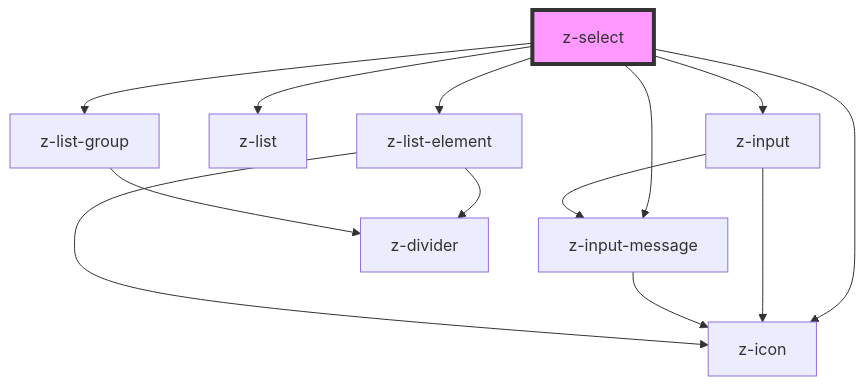
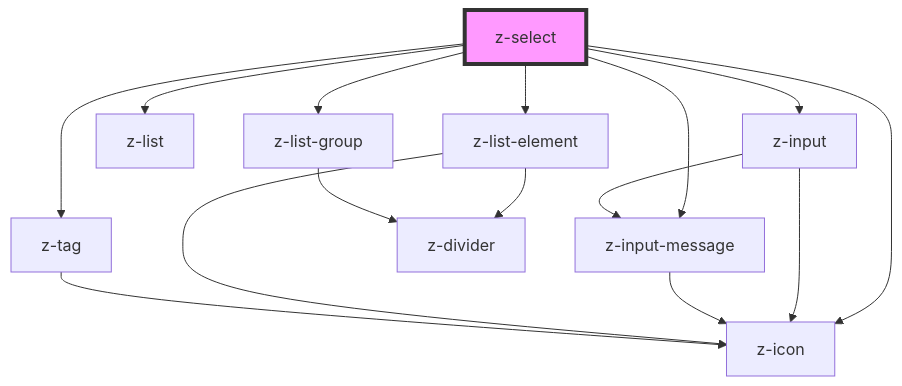
One commit to ZanichelliEditore/design-system changed the diagram in src/components/z-select/readme.md. Above: the diagram before and after it, drawn with Mermaid. The commit also changed other lines of this file and 6 other files, not shown here.

````diff
--- a/src/components/z-select/readme.md
+++ b/src/components/z-select/readme.md
@@ -88,16 +89,18 @@
 ```mermaid
 graph TD;
   z-select --> z-input
   z-select --> z-list
   z-select --> z-list-element
   z-select --> z-icon
+  z-select --> z-tag
   z-select --> z-list-group
   z-select --> z-input-message
   z-input --> z-icon
   z-input --> z-input-message
   z-input-message --> z-icon
   z-list-element --> z-icon
   z-list-element --> z-divider
+  z-tag --> z-icon
   z-list-group --> z-divider
   style z-select fill:#f9f,stroke:#333,stroke-width:4px
 ```
````
